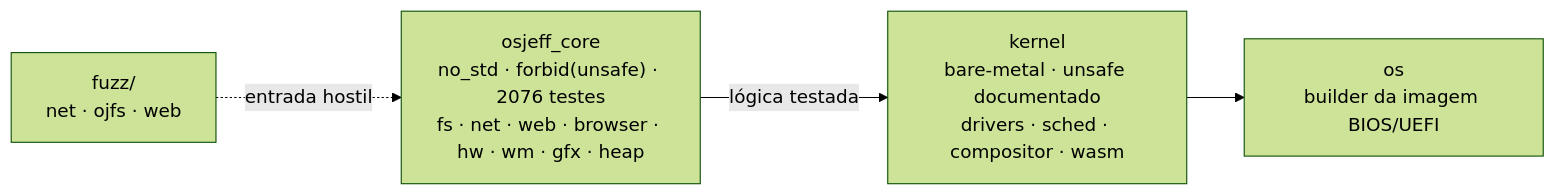
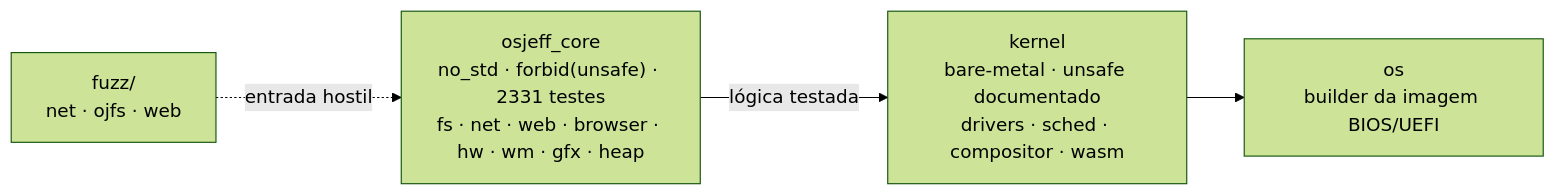
One commit to Jeffinp/OSjeff changed the diagram in README.md. Above: the diagram before and after it, drawn with Mermaid (forest theme). The commit also changed other lines of this file and 4 other files, not shown here.

````diff
--- a/README.md
+++ b/README.md
@@ -91,9 +92,9 @@
 ```mermaid
 flowchart LR
-    CORE["osjeff_core<br/>no_std · forbid(unsafe) · 2076 testes<br/>fs · net · web · browser · hw · wm · gfx · heap"]
+    CORE["osjeff_core<br/>no_std · forbid(unsafe) · 2331 testes<br/>fs · net · web · browser · hw · wm · gfx · heap"]
     KERNEL["kernel<br/>bare-metal · unsafe documentado<br/>drivers · sched · compositor · wasm"]
     OS["os<br/>builder da imagem BIOS/UEFI"]
     FUZZ["fuzz/<br/>net · ojfs · web"]
     CORE -->|lógica testada| KERNEL --> OS
     FUZZ -.->|entrada hostil| CORE
 ```
````
